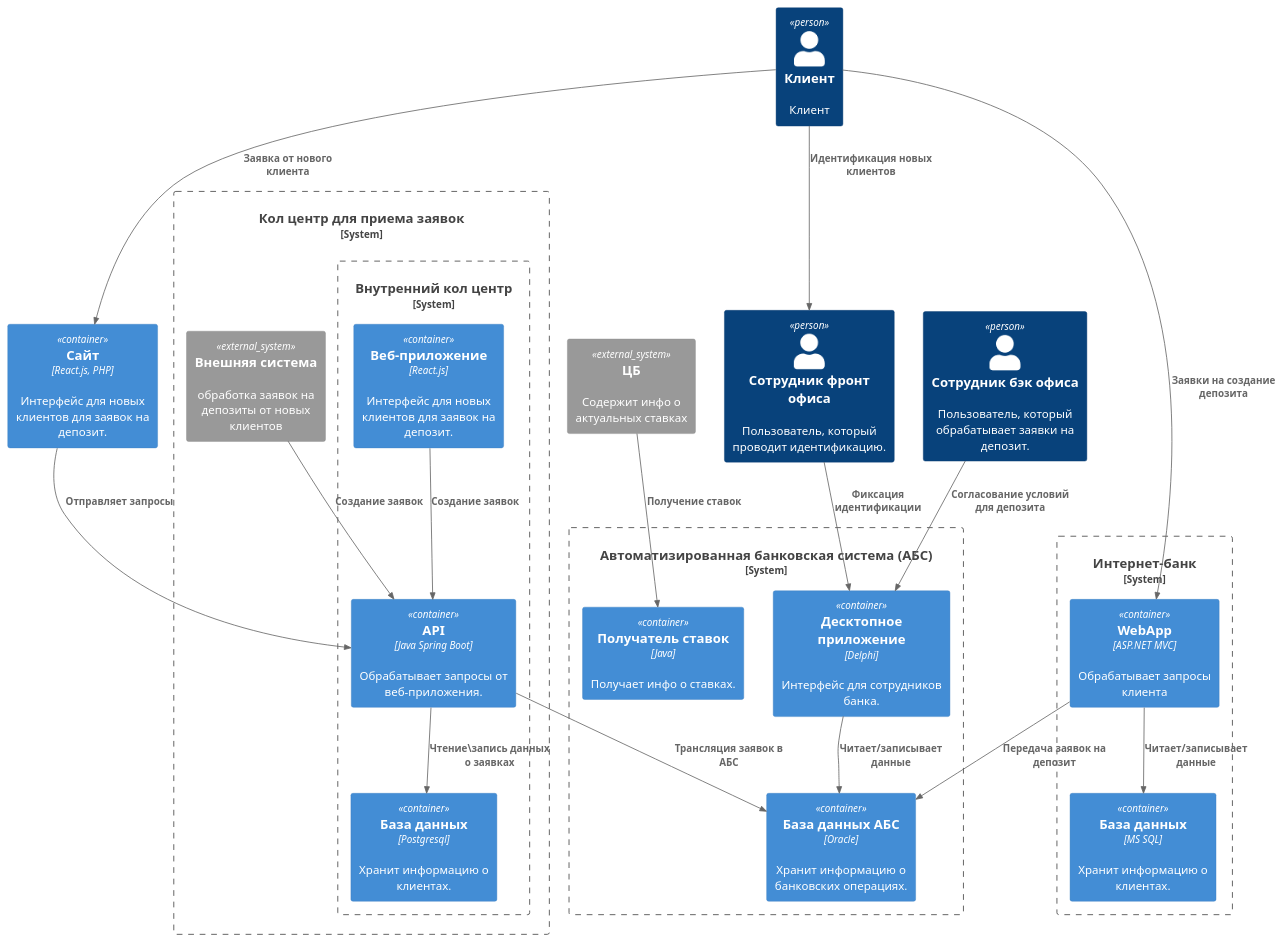
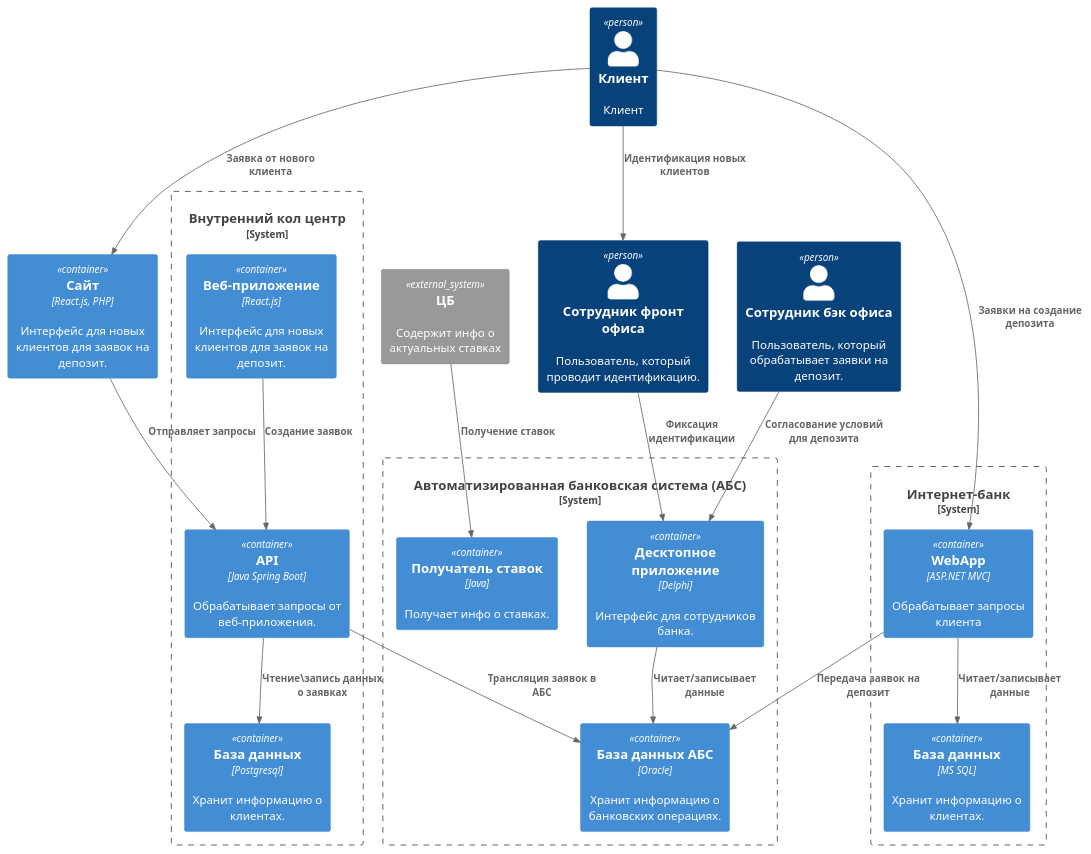
The diagram in task 3/c4-container.puml (donserious/axe-architecture-standart), drawn with PlantUML before and after one commit. The commit also changed 5 other files, not shown here.

```diff
--- a/task 3/c4-container.puml
+++ b/task 3/c4-container.puml
@@ -1,49 +1,48 @@
 @startuml
 !includeurl https://raw.githubusercontent.com/RicardoNiepel/C4-PlantUML/master/C4_Container.puml
 
 Person(client, "Клиент", "Клиент")
 Person(depositManager, "Сотрудник бэк офиса", "Пользователь, который обрабатывает заявки на депозит.")
 Person(frontManager, "Сотрудник фронт офиса", "Пользователь, который проводит идентификацию.")
 Container(site, "Сайт", "React.js, PHP", "Интерфейс для новых клиентов для заявок на депозит.")
 
 System_Boundary(internetBankSystem, "Интернет-банк") {
     Container(webapp, "WebApp", "ASP.NET MVC", "Обрабатывает запросы клиента")
     Container(database, "База данных", "MS SQL", "Хранит информацию о клиентах.")
     Rel(webapp, database, "Читает/записывает данные")
     Rel(client, webapp, "Заявки на создание депозита")
 }
 
 System_Ext(cb, "ЦБ", "Содержит инфо о актуальных ставках")
 
-System_Boundary(callCenter,  "Кол центр для приема заявок") {
-    System_Ext(partnerSystemCall, "Внешняя система","обработка заявок на депозиты от новых клиентов")
-    System_Boundary(ourCallcenter, "Внутренний кол центр") {
+
+
+System_Boundary(ourCallcenter, "Внутренний кол центр") {
         Container(CallWebApp, "Веб-приложение", "React.js", "Интерфейс для новых клиентов для заявок на депозит.")
         Container(CallApi, "API", "Java Spring Boot", "Обрабатывает запросы от веб-приложения.")
         Container(CallDB, "База данных", "Postgresql", "Хранит информацию о клиентах.")
         Rel(CallApi,CallDB,"Чтение\запись данных о заявках" )
         Rel(CallWebApp,CallApi,"Создание заявок" )
-        Rel(partnerSystemCall,CallApi,"Создание заявок" )
         Rel(site, CallApi, "Отправляет запросы")
-    }
 }
+
 
 System_Boundary(ABSSystem, "Автоматизированная банковская система (АБС)") {
     Container(ABSApp, "Десктопное приложение", "Delphi", "Интерфейс для сотрудников банка.")
     Container(ABSDatabase, "База данных АБС", "Oracle", "Хранит информацию о банковских операциях.")
     Container(betInfo, "Получатель ставок", "Java", "Получает инфо о ставках.")
     Rel(ABSApp, ABSDatabase, "Читает/записывает данные")
     Rel(depositManager, ABSApp, "Согласование условий для депозита")
     Rel(frontManager, ABSApp, "Фиксация идентификации")
     Rel(cb, betInfo, "Получение ставок")
 }
 
 
 Rel(client, site, "Заявка от нового клиента")
 
 Rel(webapp, ABSDatabase, "Передача заявок на депозит")
 Rel(CallApi, ABSDatabase, "Трансляция заявок в АБС")
 Rel(client, frontManager, "Идентификация новых клиентов")
 
 
 @enduml
```
